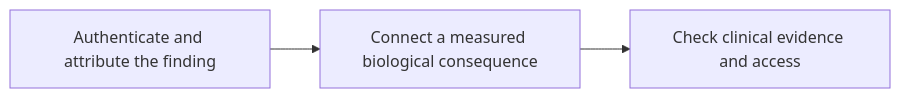
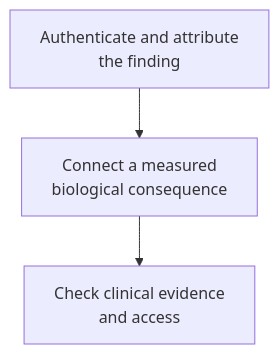
One commit to jasonLaster/oncoguide changed the diagram in wiki/education/guides/from-variant-to-drug/index.md. Above: the diagram before and after it, drawn with Mermaid. The commit also changed other lines of this file and 38 other files, not shown here.

````diff
--- a/wiki/education/guides/from-variant-to-drug/index.md
+++ b/wiki/education/guides/from-variant-to-drug/index.md
@@ -34,5 +34,5 @@
 ```mermaid
-flowchart LR
- A["Authenticate and attribute the finding"] --> B["Connect a measured biological consequence"]
- B --> C["Check clinical evidence and access"]
+flowchart TD
+ A["Authenticate and attribute<br/>the finding"] --> B["Connect a measured<br/>biological consequence"]
+ B --> C["Check clinical evidence<br/>and access"]
 ```
````
